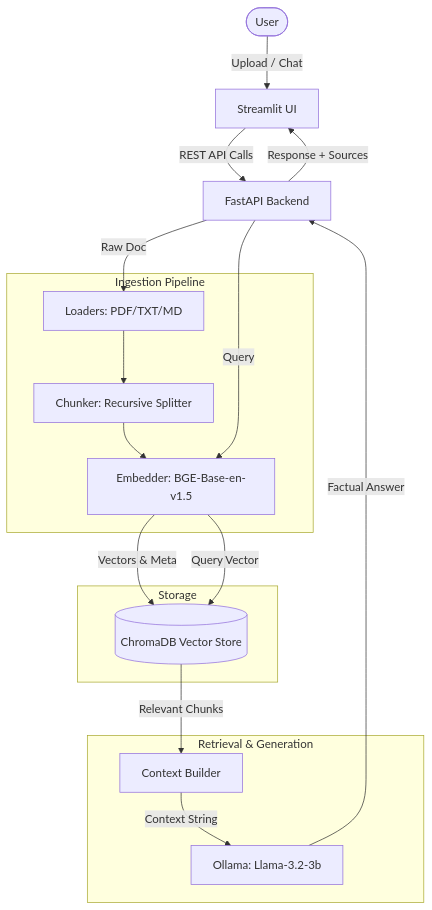
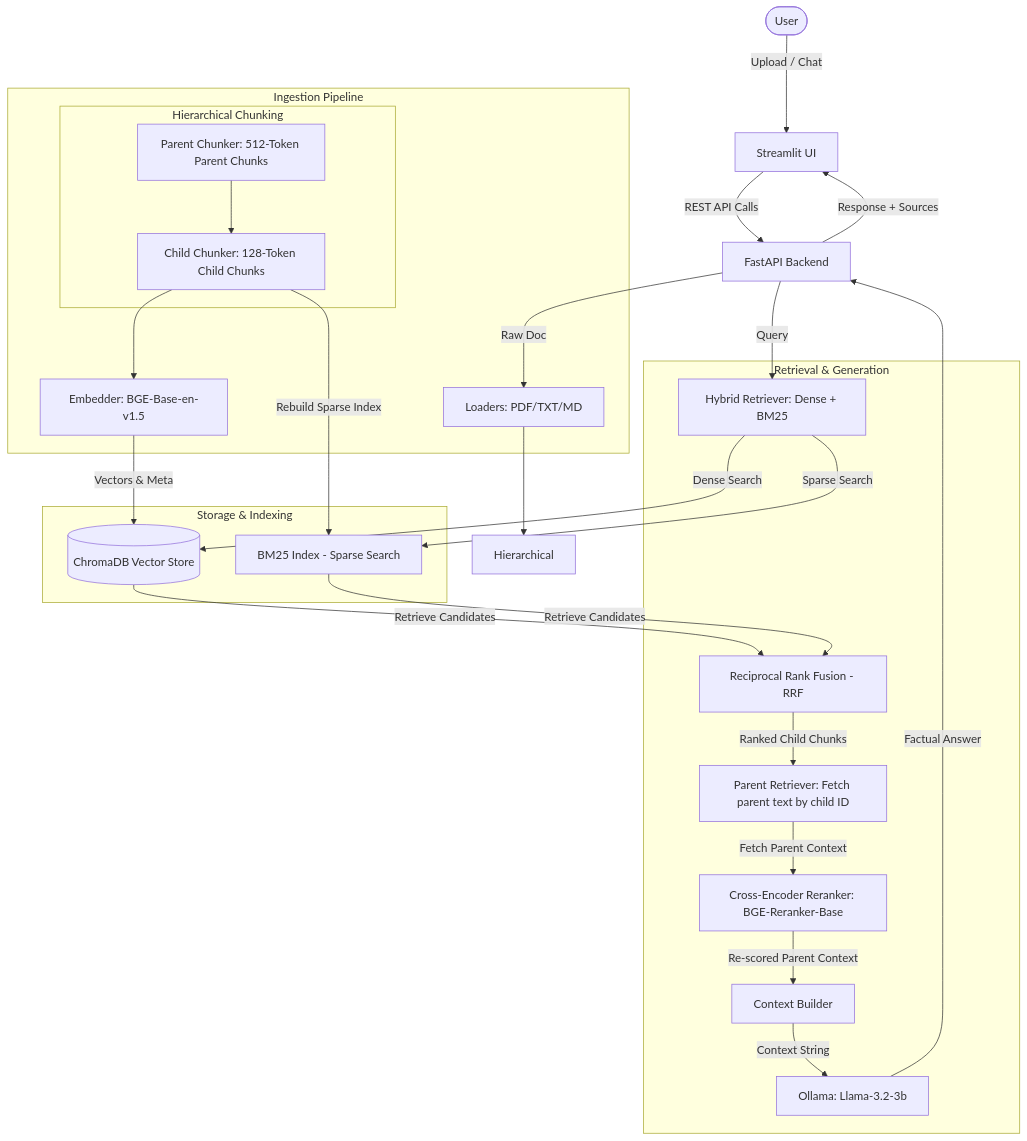
The diagram in project_status_report.md (calmcode47/chatbot-retrieval), drawn with Mermaid before and after one commit. The commit also changed other lines of this file and 10 other files, not shown here.

Commit message:
Implement advanced RAG patterns (hybrid and parent retrieval) and local RAGAS evaluation

````diff
--- a/project_status_report.md
+++ b/project_status_report.md
@@ -17,33 +21,47 @@
 ```mermaid
 graph TD
     User([User])
     UI[Streamlit UI]
     API[FastAPI Backend]
     
     subgraph Ingestion Pipeline
         LD[Loaders: PDF/TXT/MD]
-        CK[Chunker: Recursive Splitter]
+        subgraph Hierarchical Chunking
+            PCK[Parent Chunker: 512-Token Parent Chunks]
+            CCK[Child Chunker: 128-Token Child Chunks]
+        end
         EMB[Embedder: BGE-Base-en-v1.5]
     end
     
-    subgraph Storage
+    subgraph Storage & Indexing
         VS[(ChromaDB Vector Store)]
+        BM25[BM25 Index - Sparse Search]
     end
     
     subgraph Retrieval & Generation
+        HR[Hybrid Retriever: Dense + BM25]
+        RRF[Reciprocal Rank Fusion - RRF]
+        PR[Parent Retriever: Fetch parent text by child ID]
+        CR[Cross-Encoder Reranker: BGE-Reranker-Base]
         CB[Context Builder]
         OLL[Ollama: Llama-3.2-3b]
     end
 
     User -->|Upload / Chat| UI
     UI -->|REST API Calls| API
     API -->|Raw Doc| LD
-    LD --> CK --> EMB -->|Vectors & Meta| VS
+    LD --> Hierarchical
+    PCK --> CCK --> EMB -->|Vectors & Meta| VS
+    CCK -->|Rebuild Sparse Index| BM25
     
-    API -->|Query| EMB
-    EMB -->|Query Vector| VS
-    VS -->|Relevant Chunks| CB
+    API -->|Query| HR
+    HR -->|Dense Search| VS
+    HR -->|Sparse Search| BM25
+    VS & BM25 -->|Retrieve Candidates| RRF
+    RRF -->|Ranked Child Chunks| PR
+    PR -->|Fetch Parent Context| CR
+    CR -->|Re-scored Parent Context| CB
     CB -->|Context String| OLL
     OLL -->|Factual Answer| API
     API -->|Response + Sources| UI
 ```
````
